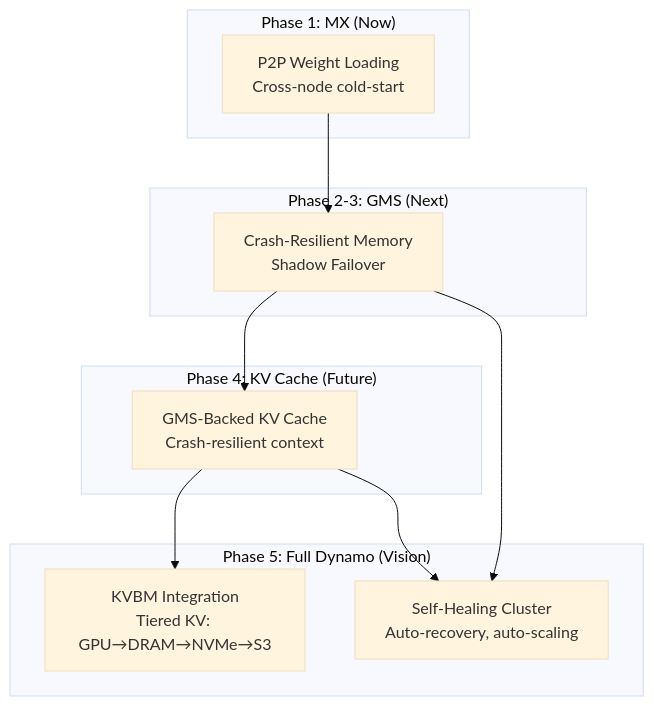
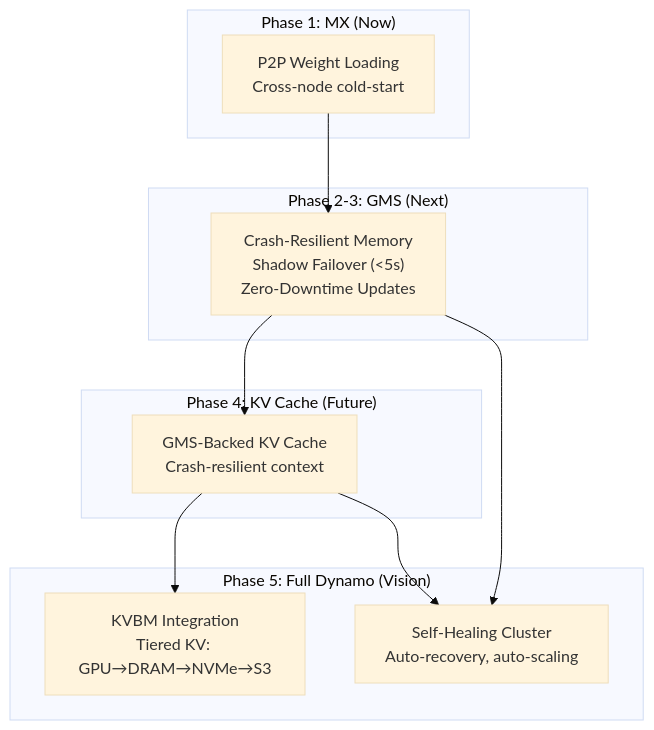
One commit to chienchunhung/TensorRT-LLM changed the second of 2 diagrams in docs/design/mx-gms-integration/12-strategic-alignment.md. Above: the diagram before and after it, drawn with Mermaid (base theme). The commit also changed other lines of this file and 10 other files, not shown here.

````diff
--- a/docs/design/mx-gms-integration/12-strategic-alignment.md
+++ b/docs/design/mx-gms-integration/12-strategic-alignment.md
@@ -105,25 +105,25 @@
 ```mermaid
 graph TD
     subgraph "Phase 1: MX (Now)"
         MX["P2P Weight Loading<br/>Cross-node cold-start"]
     end
 
     subgraph "Phase 2-3: GMS (Next)"
-        GMS["Crash-Resilient Memory<br/>Shadow Failover"]
+        GMS["Crash-Resilient Memory<br/>Shadow Failover (<5s)<br/>Zero-Downtime Updates"]
     end
 
     subgraph "Phase 4: KV Cache (Future)"
         KV["GMS-Backed KV Cache<br/>Crash-resilient context"]
     end
 
     subgraph "Phase 5: Full Dynamo (Vision)"
         KVBM["KVBM Integration<br/>Tiered KV: GPU→DRAM→NVMe→S3"]
         Auto["Self-Healing Cluster<br/>Auto-recovery, auto-scaling"]
     end
 
     MX --> GMS
     GMS --> KV
     KV --> KVBM
     KV --> Auto
     GMS --> Auto
 ```
````
